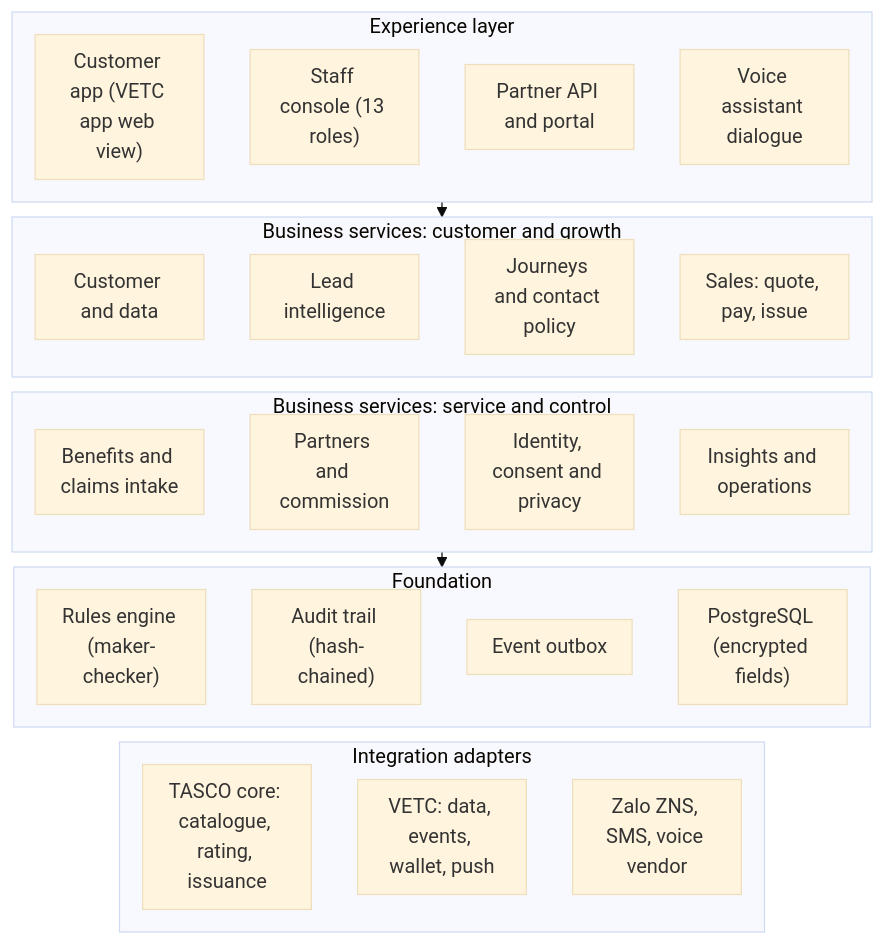
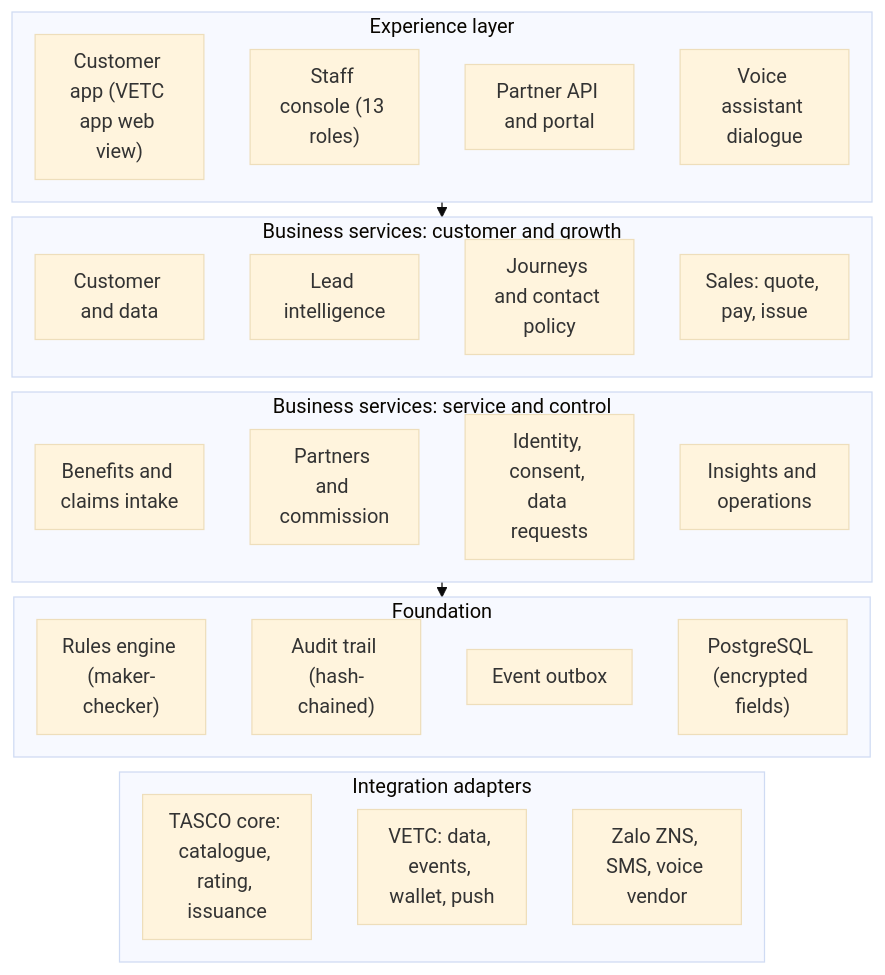
The first of 4 diagrams in tools/docs-source/proposal/part3.md (IortaTexhNXT-DEV/TASCO), drawn with Mermaid (base theme) before and after one commit. The commit also changed other lines of this file and 101 other files, not shown here.

First line of the commit message:
Voice script: link goes to TASCO Insurance's Zalo OA; vendored Mermaid for doc builds; review edits to business, quality and delivery documents

````diff
--- a/tools/docs-source/proposal/part3.md
+++ b/tools/docs-source/proposal/part3.md
@@ -16,29 +16,29 @@
 ```mermaid
 %% caption: Functional architecture, in which business services use the foundation and reach TASCO, VETC and the channels through the integration adapters
 %%{init: {"flowchart": {"wrappingWidth": 95, "nodeSpacing": 16, "rankSpacing": 12, "padding": 10}}}%%
 flowchart TB
   subgraph EXP["Experience layer"]
     direction LR
     CA["Customer app (VETC app web view)"] ~~~ SC["Staff console (13 roles)"] ~~~ PA["Partner API and portal"] ~~~ VB["Voice assistant dialogue"]
   end
   subgraph SV1["Business services: customer and growth"]
     direction LR
     S1["Customer and data"] ~~~ S2["Lead intelligence"] ~~~ S3["Journeys and contact policy"] ~~~ S4["Sales: quote, pay, issue"]
   end
   subgraph SV2["Business services: service and control"]
     direction LR
-    S5["Benefits and claims intake"] ~~~ S6["Partners and commission"] ~~~ S7["Identity, consent and privacy"] ~~~ S8["Insights and operations"]
+    S5["Benefits and claims intake"] ~~~ S6["Partners and commission"] ~~~ S7["Identity, consent, data requests"] ~~~ S8["Insights and operations"]
   end
   subgraph FND["Foundation"]
     direction LR
     R["Rules engine (maker-checker)"] ~~~ A["Audit trail (hash-chained)"] ~~~ O["Event outbox"] ~~~ DB["PostgreSQL (encrypted fields)"]
   end
   subgraph INT["Integration adapters"]
     direction LR
     I1["TASCO core: catalogue, rating, issuance"] ~~~ I2["VETC: data, events, wallet, push"] ~~~ I3["Zalo ZNS, SMS, voice vendor"]
   end
   EXP --> SV1
   SV1 ~~~ SV2
   SV2 --> FND
   FND ~~~ INT
 ```
````
